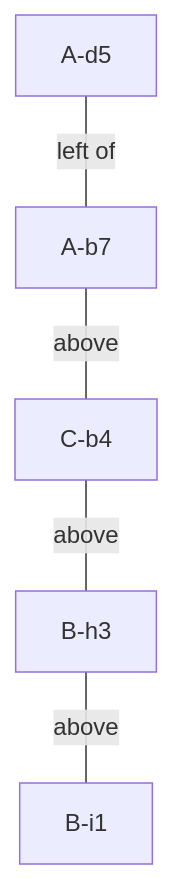
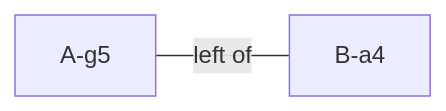
One commit to IgnacioKase/puzzle-solver changed the ninth of 9 diagrams in docs/HOW_IT_WORKS.md. Above: the diagram before and after it, drawn with Mermaid. The commit also changed other lines of this file and 28 other files, not shown here.

````diff
--- a/docs/HOW_IT_WORKS.md
+++ b/docs/HOW_IT_WORKS.md
@@ -330,7 +344,4 @@
 ```mermaid
-flowchart TD
-    LeftPiece[A-d5] ---|left of| TopPiece[A-b7]
-    TopPiece ---|above| BranchPiece[C-b4]
-    BranchPiece ---|above| MiddlePiece[B-h3]
-    MiddlePiece ---|above| BottomPiece[B-i1]
+flowchart LR
+    LeftPiece[A-g5] ---|left of| RightPiece[B-a4]
 ```
````
